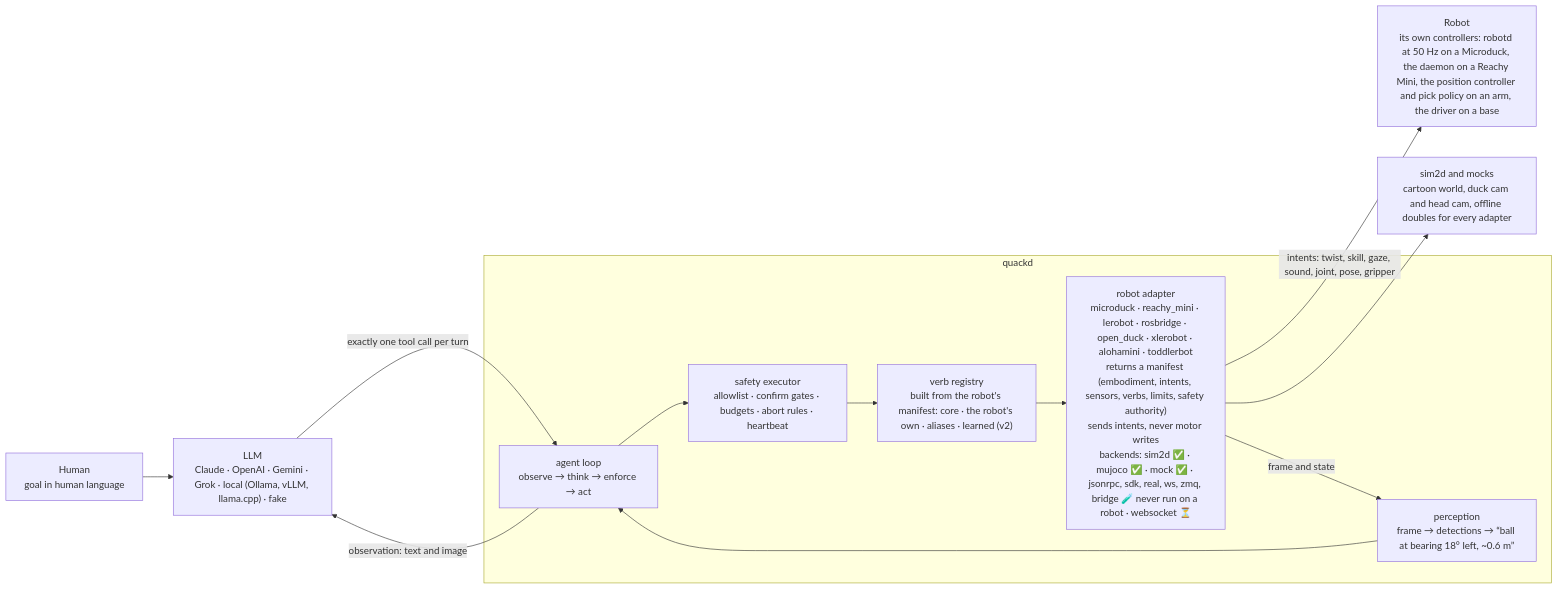
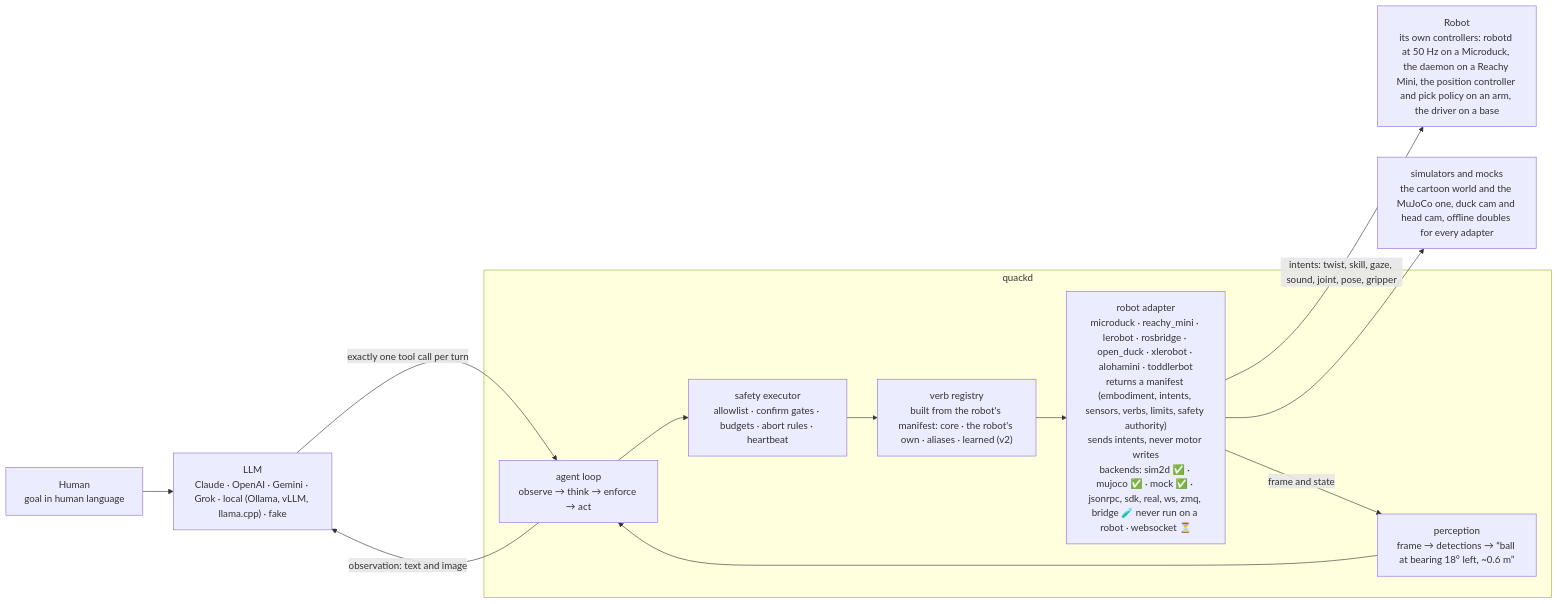
One commit to Bayway/quackd changed the second of 2 diagrams in README.md. Above: the diagram before and after it, drawn with Mermaid. The commit also changed other lines of this file and 44 other files, not shown here.

````diff
--- a/README.md
+++ b/README.md
@@ -271,21 +276,21 @@
 ```mermaid
 flowchart LR
     HUMAN["Human<br/>goal in human language"]
     LLM["LLM<br/>Claude · OpenAI · Gemini · Grok · local (Ollama, vLLM, llama.cpp) · fake"]
     subgraph quackd
         LOOP["agent loop<br/>observe → think → enforce → act"]
         EXEC["safety executor<br/>allowlist · confirm gates · budgets · abort rules · heartbeat"]
         VERBS["verb registry<br/>built from the robot's manifest: core · the robot's own · aliases · learned (v2)"]
         PERC["perception<br/>frame → detections → “ball at bearing 18° left, ~0.6 m”"]
         ADAPTER["robot adapter<br/>microduck · reachy_mini · lerobot · rosbridge · open_duck · xlerobot · alohamini · toddlerbot<br/>returns a manifest (embodiment, intents, sensors, verbs, limits, safety authority)<br/>sends intents, never motor writes<br/>backends: sim2d ✅ · mujoco ✅ · mock ✅ · jsonrpc, sdk, real, ws, zmq, bridge 🧪 never run on a robot · websocket ⏳"]
     end
     ROBOT["Robot<br/>its own controllers: robotd at 50 Hz on a Microduck, the daemon on a Reachy Mini, the position controller and pick policy on an arm, the driver on a base"]
-    SIM["sim2d and mocks<br/>cartoon world, duck cam and head cam, offline doubles for every adapter"]
+    SIM["simulators and mocks<br/>the cartoon world and the MuJoCo one, duck cam and head cam, offline doubles for every adapter"]
     HUMAN --> LLM
     LLM -- "exactly one tool call per turn" --> LOOP
     LOOP --> EXEC --> VERBS --> ADAPTER
     ADAPTER -- "intents: twist, skill, gaze, sound, joint, pose, gripper" --> ROBOT
     ADAPTER --> SIM
     ADAPTER -- "frame and state" --> PERC --> LOOP
     LOOP -- "observation: text and image" --> LLM
 ```
````
